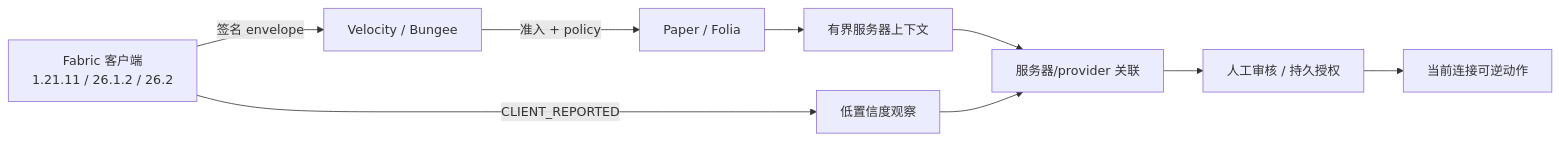
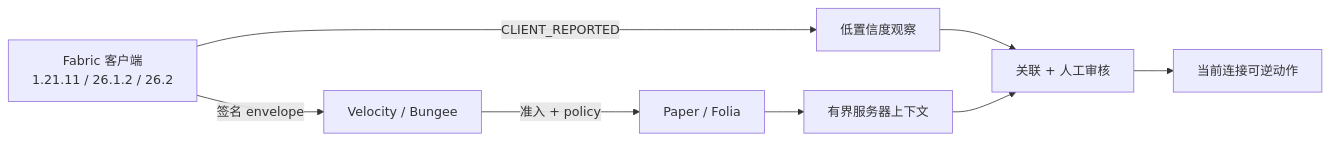
Before and after one commit to TypeThe0ry/MCAce: the diagram in README_CN.md, drawn with Mermaid. The commit also changed other lines of this file and 17 other files, not shown here.

````diff
--- a/README_CN.md
+++ b/README_CN.md
@@ -150,11 +158,10 @@
 ```mermaid
 flowchart LR
-  client[Fabric 客户端\n1.21.11 / 26.1.2 / 26.2] -->|签名 envelope| proxy[Velocity / Bungee]
-  proxy -->|准入 + policy| paper[Paper / Folia]
-  paper --> context[有界服务器上下文]
-  client -->|CLIENT_REPORTED| observe[低置信度观察]
-  context --> correlate[服务器/provider 关联]
-  observe --> correlate
-  correlate --> review[人工审核 / 持久授权]
-  review --> action[当前连接可逆动作]
+  c[Fabric 客户端\n1.21.11 / 26.1.2 / 26.2] -->|签名 envelope| p[Velocity / Bungee]
+  p -->|准入 + policy| s[Paper / Folia]
+  c -->|CLIENT_REPORTED| o[低置信度观察]
+  s --> x[有界服务器上下文]
+  o --> r[关联 + 人工审核]
+  x --> r
+  r --> a[当前连接可逆动作]
 ```
````
